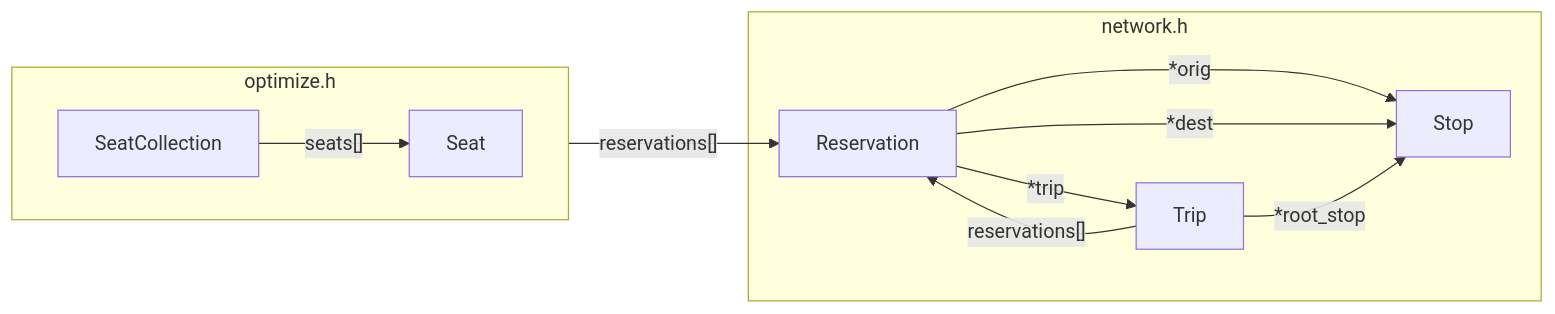
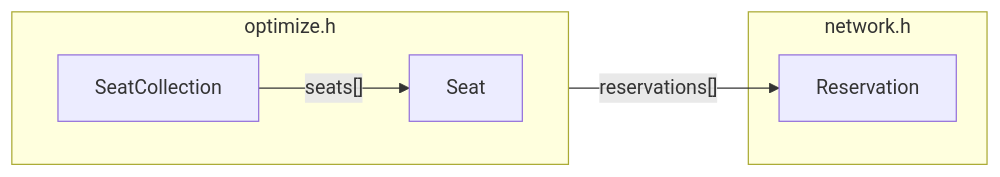
The fifth of 6 diagrams in README.md (maptic/osurs), drawn with Mermaid before and after one commit. The commit also changed other lines of this file, not shown here.

Commit message:
Remove duplicated graphics.

````diff
--- a/README.md
+++ b/README.md
@@ -122,15 +122,11 @@
 ```mermaid
 graph LR;
   subgraph network.h;
-    Trip-->|"reservations[]"|Reservation;
-    Reservation-->|*trip|Trip;
-    Reservation-->|*orig|Stop;
-    Reservation-->|*dest|Stop;
-    Trip-->|*root_stop|Stop;
+    Reservation;
   end;
   subgraph optimize.h;
     direction LR;
     SeatCollection-->|"seats[]"|Seat;
     Seat-->|"reservations[]"|Reservation;
   end
 ```
````
